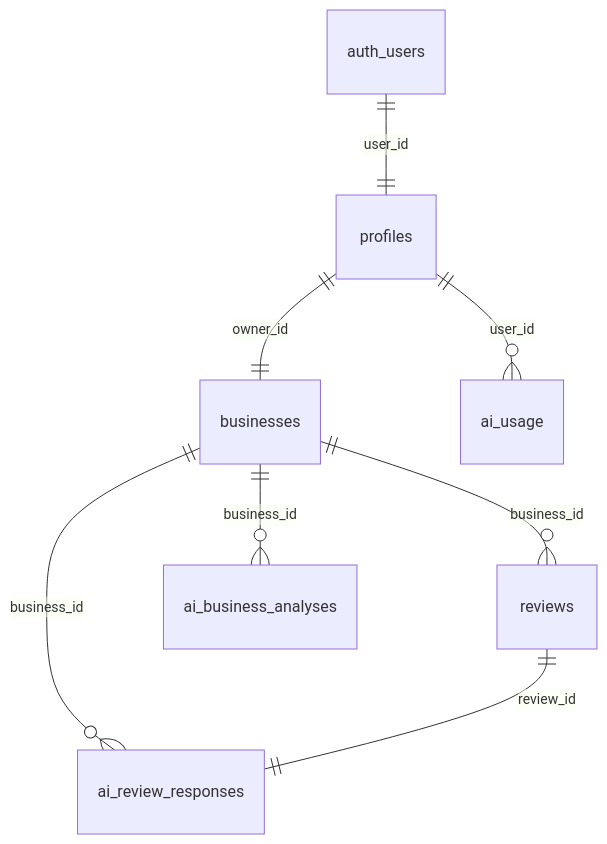
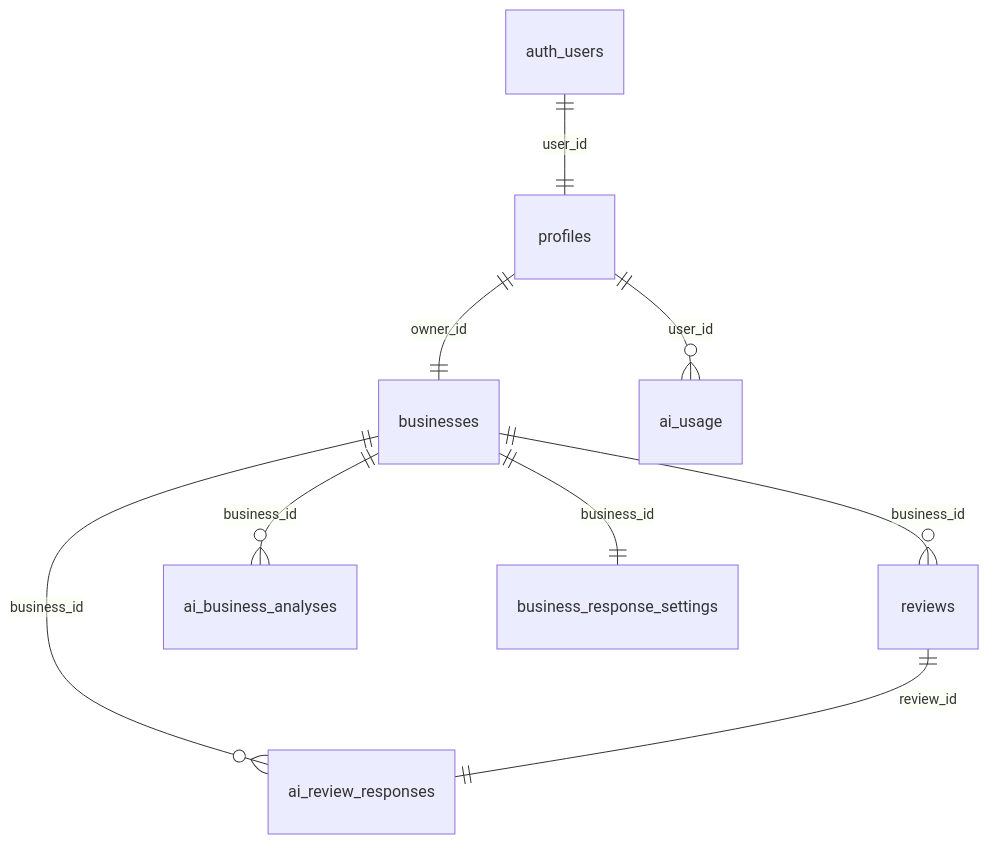
Before and after one commit to FabianDziekan/Nuvorate: the diagram in docs/obsidian/Development/Supabase.md, drawn with Mermaid. The commit also changed other lines of this file and 50 other files, not shown here.

````diff
--- a/docs/obsidian/Development/Supabase.md
+++ b/docs/obsidian/Development/Supabase.md
@@ -171,10 +108,11 @@
 ```mermaid
 erDiagram
   auth_users ||--|| profiles : "user_id"
   profiles ||--|| businesses : "owner_id"
   businesses ||--o{ reviews : "business_id"
   businesses ||--o{ ai_review_responses : "business_id"
   reviews ||--|| ai_review_responses : "review_id"
   businesses ||--o{ ai_business_analyses : "business_id"
   profiles ||--o{ ai_usage : "user_id"
+  businesses ||--|| business_response_settings : "business_id"
 ```
````
